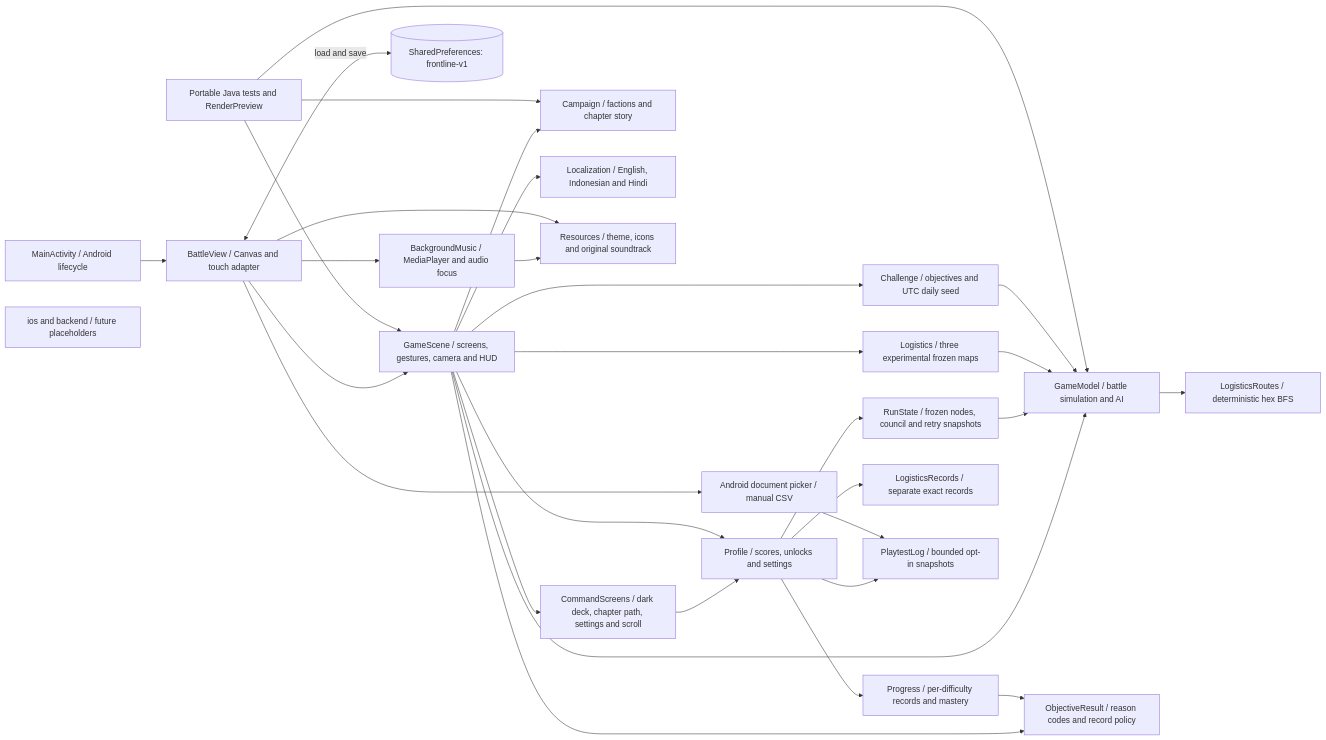
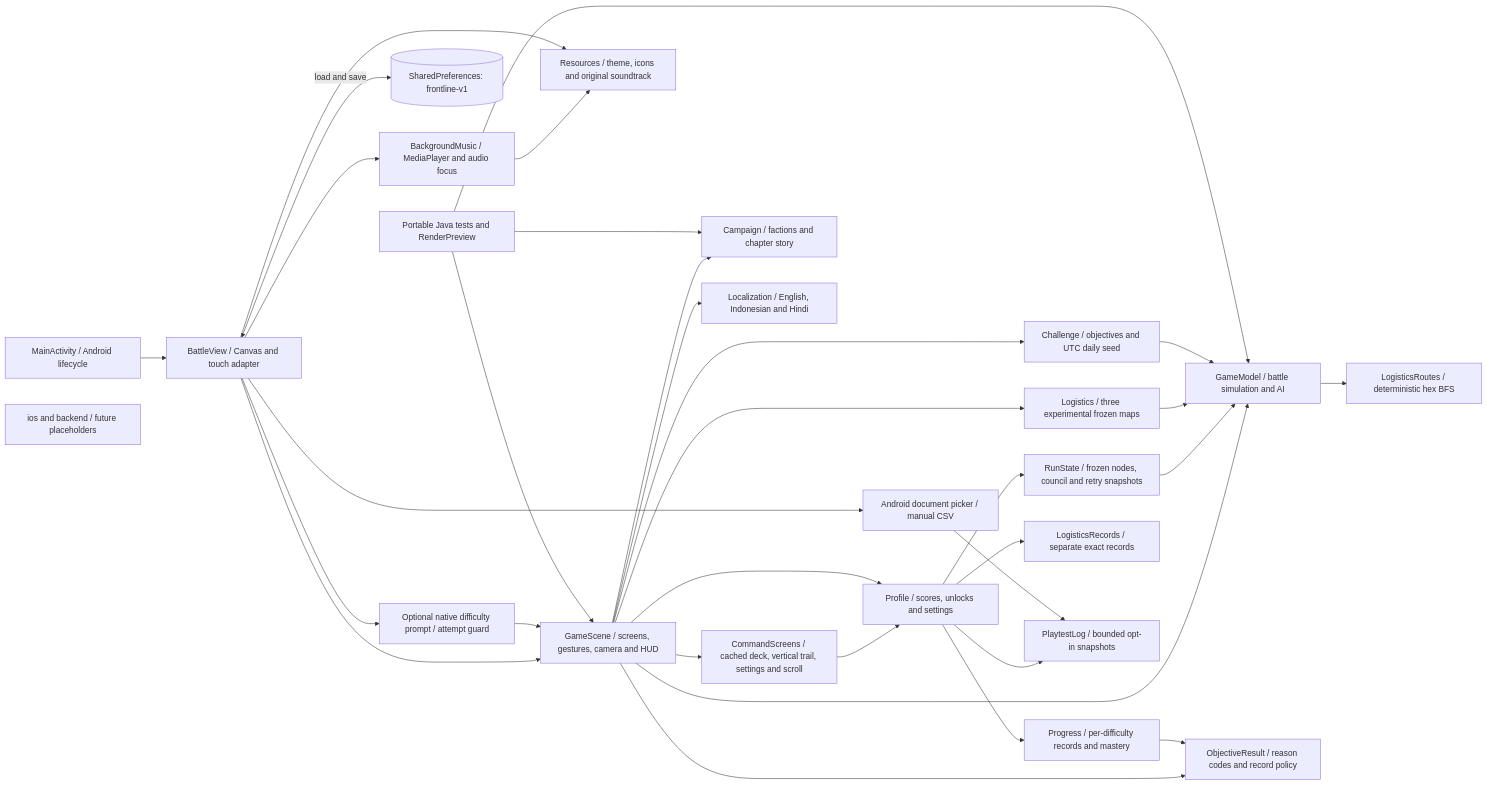
One commit to rohitashmathur/Frontline changed the first of 3 diagrams in docs/architecture.md. Above: the diagram before and after it, drawn with Mermaid. The commit also changed other lines of this file and 17 other files, not shown here.

Commit message:
Polish V12 command screens and document unverified 0.12.2

````diff
--- a/docs/architecture.md
+++ b/docs/architecture.md
@@ -7,55 +9,58 @@
 ```mermaid
 flowchart LR
     Activity[MainActivity / Android lifecycle]
     View[BattleView / Canvas and touch adapter]
     Scene[GameScene / screens, gestures, camera and HUD]
-    Command[CommandScreens / dark deck, chapter path, settings and scroll]
+    Command[CommandScreens / cached deck, vertical trail, settings and scroll]
     Model[GameModel / battle simulation and AI]
     Campaign[Campaign / factions and chapter story]
     Profile[Profile / scores, unlocks and settings]
     Progress[Progress / per-difficulty records and mastery]
     Challenges[Challenge / objectives and UTC daily seed]
     Objective[ObjectiveResult / reason codes and record policy]
     Locale[Localization / English, Indonesian and Hindi]
     Run[RunState / frozen nodes, council and retry snapshots]
     Routes[LogisticsRoutes / deterministic hex BFS]
     Logistics[Logistics / three experimental frozen maps]
     RoutedRecords[LogisticsRecords / separate exact records]
     Log[PlaytestLog / bounded opt-in snapshots]
     Export[Android document picker / manual CSV]
+    Feedback[Optional native difficulty prompt / attempt guard]
     Storage[(SharedPreferences: frontline-v1)]
     Music[BackgroundMusic / MediaPlayer and audio focus]
     Assets[Resources / theme, icons and original soundtrack]
     Tests[Portable Java tests and RenderPreview]
     Future[ios and backend / future placeholders]
 
     Activity --> View
     View --> Scene
     Scene --> Command
     Command --> Profile
     Scene --> Model
     Scene --> Campaign
     Scene --> Profile
     Profile --> Progress
     Profile --> Log
     Profile --> Run
     Run --> Model
     Profile --> RoutedRecords
     Scene --> Logistics
     Logistics --> Model
     Model --> Routes
     Scene --> Challenges
     Scene --> Objective
     Scene --> Locale
     Progress --> Objective
     Challenges --> Model
     View --> Export
     Export --> Log
+    View --> Feedback
+    Feedback --> Scene
     View <-->|load and save| Storage
     View --> Music
     Music --> Assets
     View --> Assets
     Tests --> Scene
     Tests --> Model
     Tests --> Campaign
 ```
````
